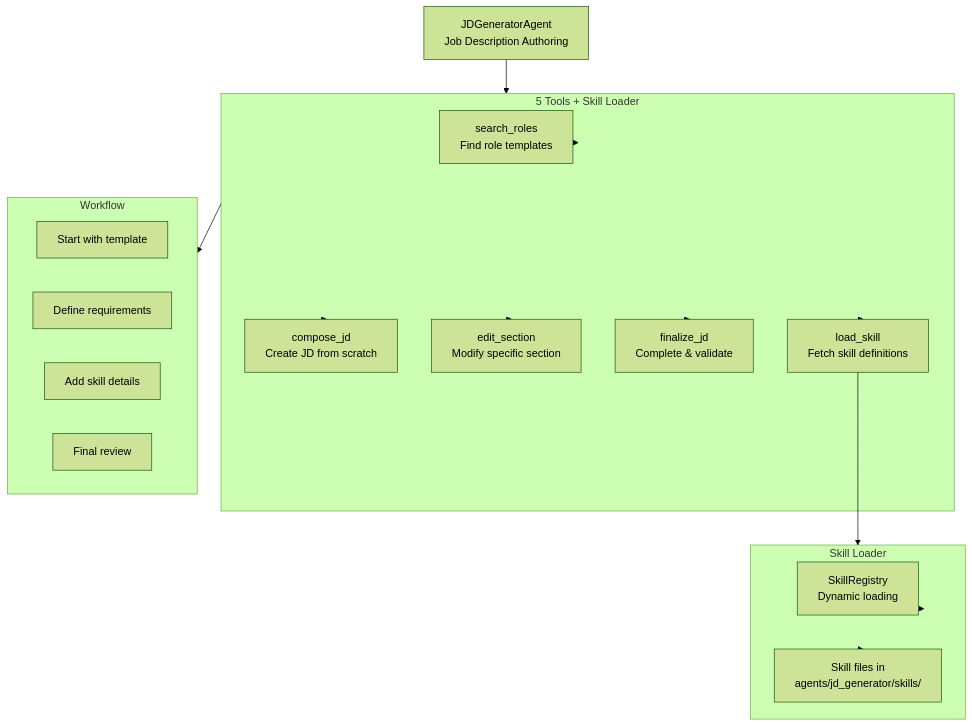
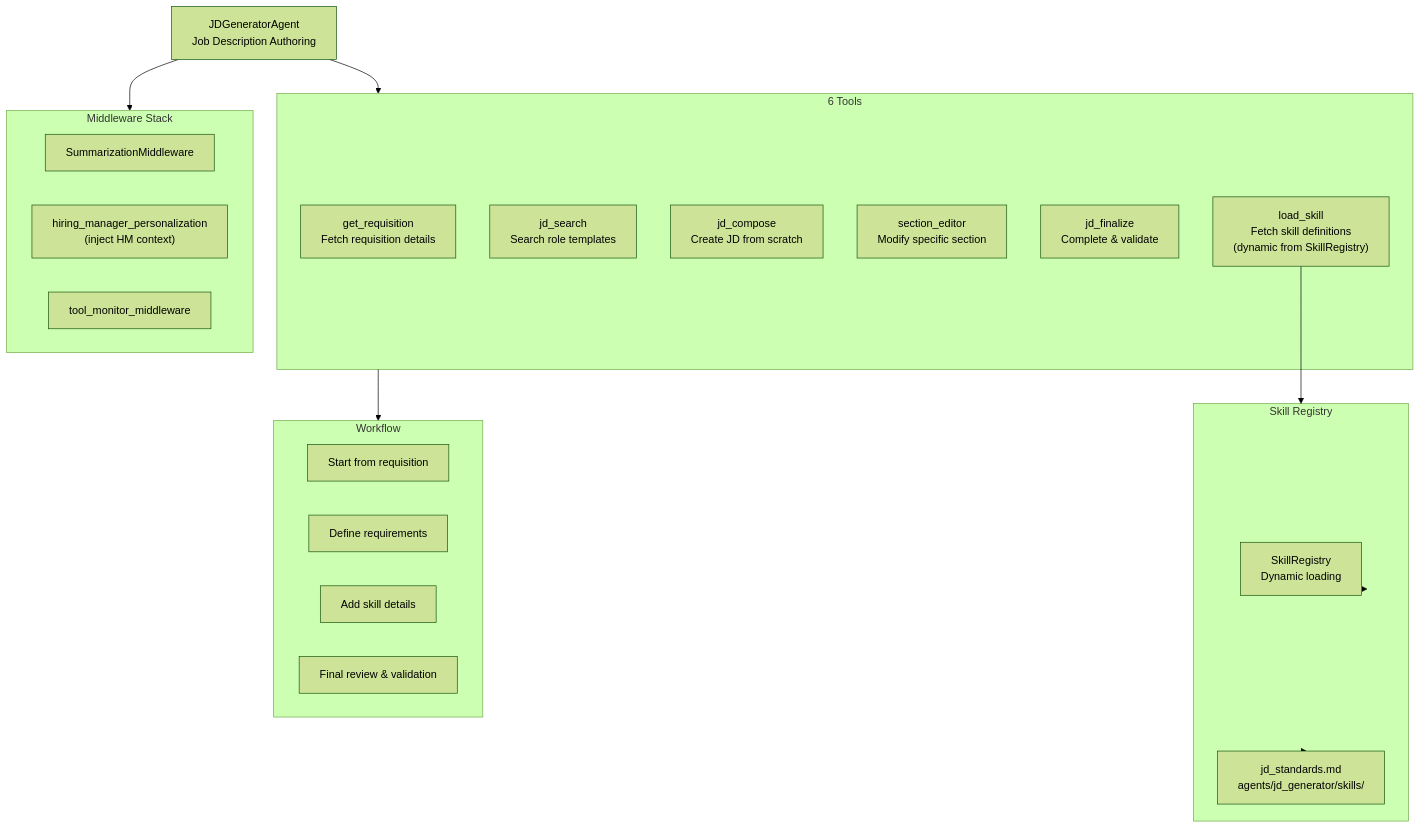
Before and after one commit to savipk/autochat: the fifth of 6 diagrams in docs/architecture/05-specialist-agents.md, drawn with Mermaid (forest theme). The commit also changed other lines of this file and 27 other files, not shown here.

````diff
--- a/docs/architecture/05-specialist-agents.md
+++ b/docs/architecture/05-specialist-agents.md
@@ -184,37 +171,38 @@
 ```mermaid
 graph TB
     JDAgent["JDGeneratorAgent<br/>Job Description Authoring"]
 
-    subgraph Tools5["5 Tools + Skill Loader"]
-        search_roles["search_roles<br/>Find role templates"]
-        compose["compose_jd<br/>Create JD from scratch"]
-        edit_sec["edit_section<br/>Modify specific section"]
-        finalize["finalize_jd<br/>Complete & validate"]
-        load_skill["load_skill<br/>Fetch skill definitions"]
+    subgraph Tools6["6 Tools"]
+        get_req["get_requisition<br/>Fetch requisition details"]
+        search["jd_search<br/>Search role templates"]
+        compose["jd_compose<br/>Create JD from scratch"]
+        edit_sec["section_editor<br/>Modify specific section"]
+        finalize["jd_finalize<br/>Complete & validate"]
+        load_skill["load_skill<br/>Fetch skill definitions<br/>(dynamic from SkillRegistry)"]
     end
 
-    subgraph SkillLoader["Skill Loader"]
+    subgraph SkillLoader["Skill Registry"]
         skill_reg["SkillRegistry<br/>Dynamic loading"]
-        skill_files["Skill files in<br/>agents/jd_generator/skills/"]
+        skill_files["jd_standards.md<br/>agents/jd_generator/skills/"]
+    end
+
+    subgraph Middleware["Middleware Stack"]
+        MW1["SummarizationMiddleware"]
+        MW2["hiring_manager_personalization<br/>(inject HM context)"]
+        MW3["tool_monitor_middleware"]
     end
 
     subgraph Process["Workflow"]
-        template["Start with template"]
+        template["Start from requisition"]
         define_req["Define requirements"]
         add_skills["Add skill details"]
-        finalize_step["Final review"]
+        finalize_step["Final review & validation"]
     end
 
-    JDAgent --> Tools5
-    Tools5 --> search_roles
-    Tools5 --> compose
-    Tools5 --> edit_sec
-    Tools5 --> finalize
-    Tools5 --> load_skill
-
+    JDAgent --> Tools6
+    JDAgent --> Middleware
     load_skill --> SkillLoader
     SkillLoader --> skill_reg
     SkillLoader --> skill_files
-
-    Tools5 --> Process
+    Tools6 --> Process
 ```
````
